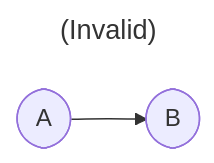
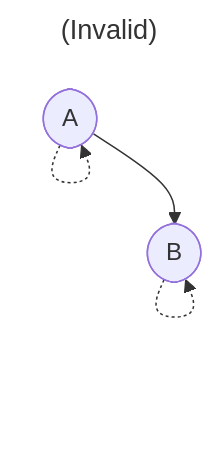
The eighth of 21 diagrams in proofs/AdmissibilityGraph/README.md (stepchowfun/proofs), drawn with Mermaid before and after one commit. The commit also changed other lines of this file, not shown here.

Commit message:
Add some common admissibility graph patterns

````diff
--- a/proofs/AdmissibilityGraph/README.md
+++ b/proofs/AdmissibilityGraph/README.md
@@ -150,10 +153,13 @@
 ```mermaid
 ---
 title: (Invalid)
 ---
-flowchart LR
+flowchart TD
   a([A])
   b([B])
 
+  a -.-> a
+  b -.-> b
+
   a --> b
 ```
````
